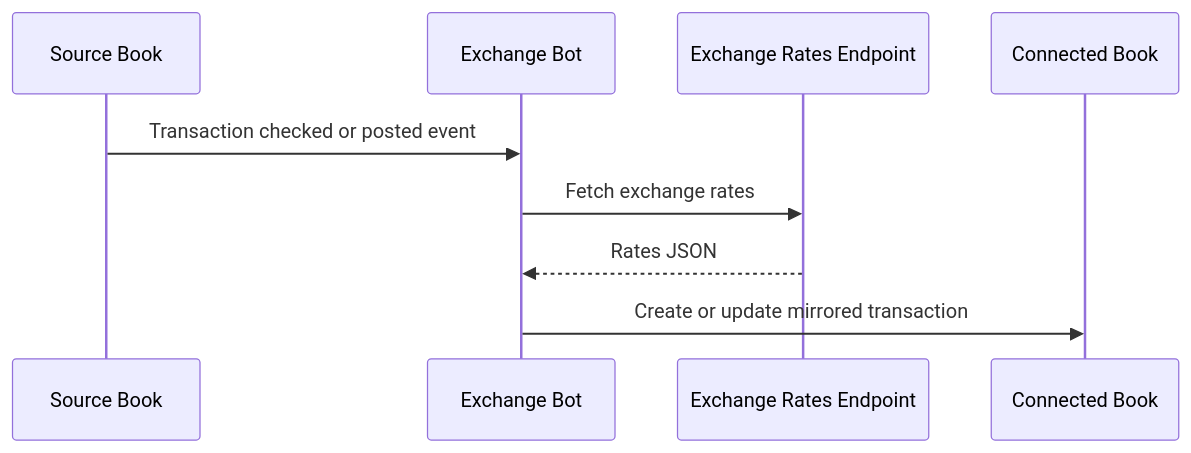
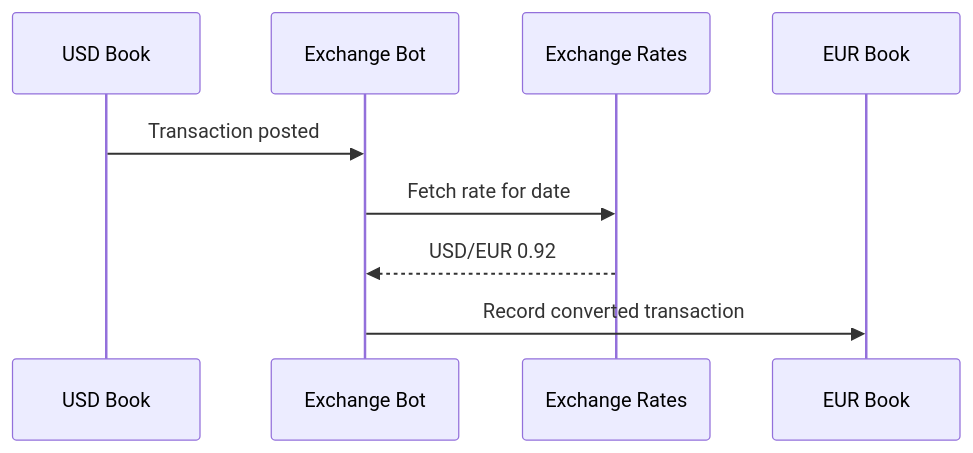
Before and after one commit to bkper/bkper-apps: the first of 4 diagrams in exchange-bot/README.md, drawn with Mermaid. The commit also changed other lines of this file, not shown here.

First line of the commit message:
docs: rewrite Exchange Bot README with progressive examples

````diff
--- a/exchange-bot/README.md
+++ b/exchange-bot/README.md
@@ -34,12 +11,12 @@
 ```mermaid
 sequenceDiagram
-    participant Source as Source Book
+    participant Source as USD Book
     participant Bot as Exchange Bot
-    participant Rates as Exchange Rates Endpoint
-    participant Target as Connected Book
+    participant Rates as Exchange Rates
+    participant Target as EUR Book
 
-    Source->>Bot: Transaction checked or posted event
-    Bot->>Rates: Fetch exchange rates
-    Rates-->>Bot: Rates JSON
-    Bot->>Target: Create or update mirrored transaction
+    Source->>Bot: Transaction posted
+    Bot->>Rates: Fetch rate for date
+    Rates-->>Bot: USD/EUR 0.92
+    Bot->>Target: Record converted transaction
 ```
````
